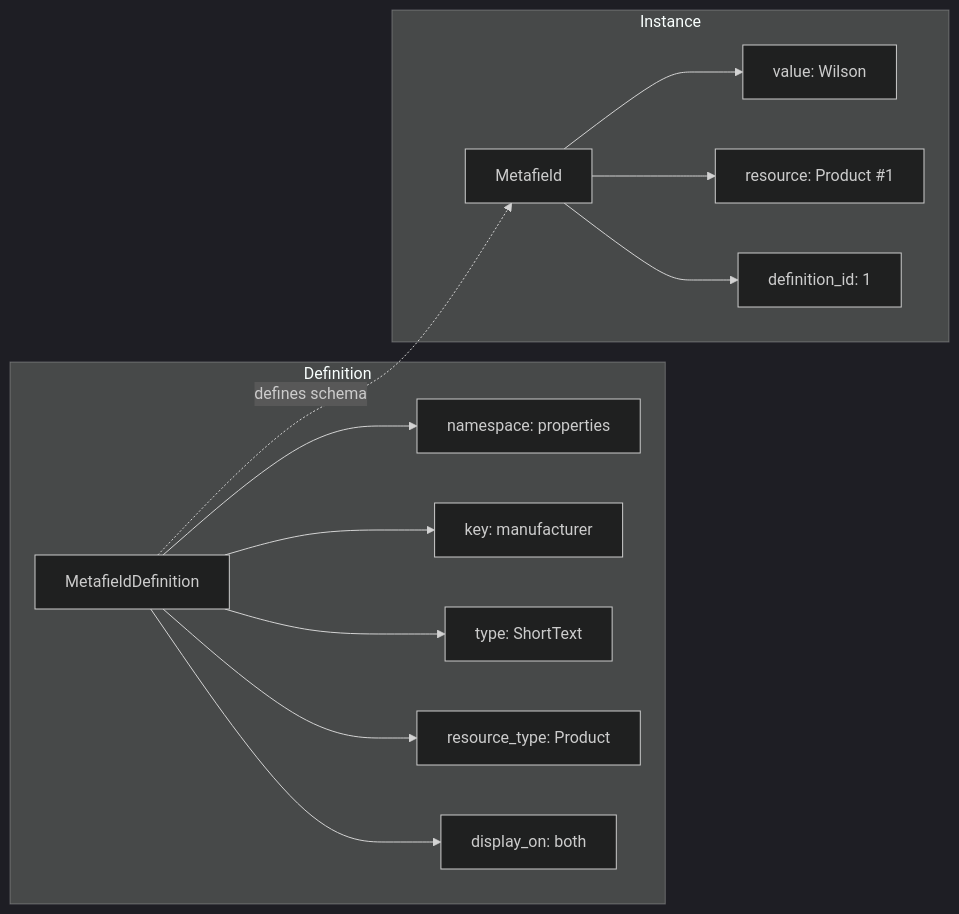
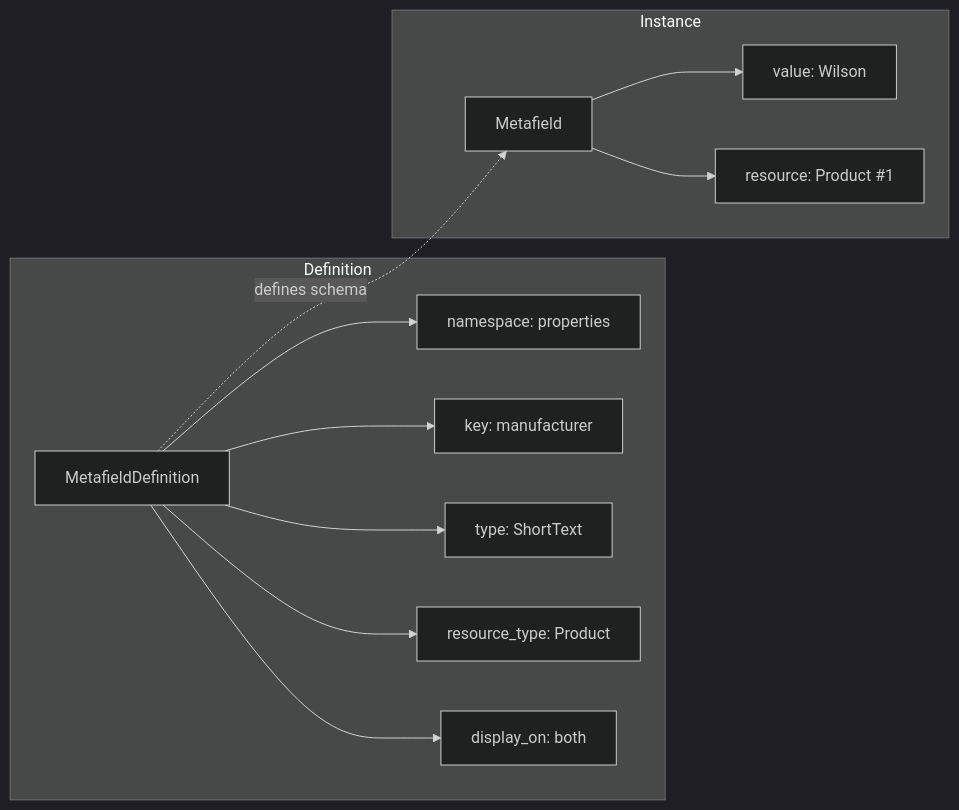
Before and after one commit to spree/spree: the second of 2 diagrams in docs/developer/core-concepts/metafields.mdx, drawn with Mermaid (dark theme). The commit also changed other lines of this file and 21 other files, not shown here.

````diff
--- a/docs/developer/core-concepts/metafields.mdx
+++ b/docs/developer/core-concepts/metafields.mdx
@@ -69,18 +46,17 @@
 ```mermaid
 flowchart LR
     subgraph Definition
-        A[MetafieldDefinition] --> B[namespace: properties]
-        A --> C[key: manufacturer]
-        A --> D[type: ShortText]
-        A --> E[resource_type: Product]
-        A --> F[display_on: both]
+        A[MetafieldDefinition] --> B["namespace: properties"]
+        A --> C["key: manufacturer"]
+        A --> D["type: ShortText"]
+        A --> E["resource_type: Product"]
+        A --> F["display_on: both"]
     end
 
     subgraph Instance
-        G[Metafield] --> H[value: Wilson]
-        G --> I[resource: Product #1]
-        G --> J[definition_id: 1]
+        G[Metafield] --> H["value: Wilson"]
+        G --> I["resource: Product #1"]
     end
 
     A -.->|"defines schema"| G
 ```
````
